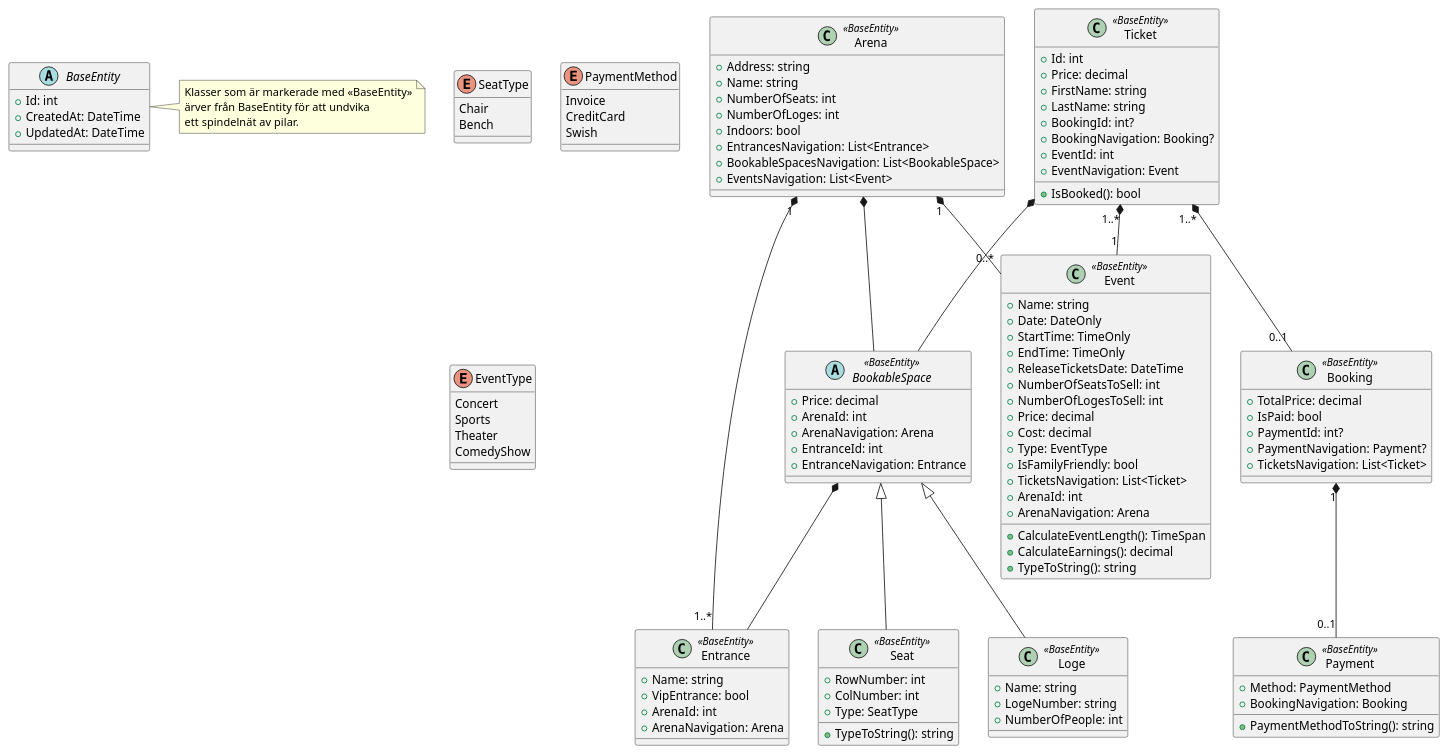
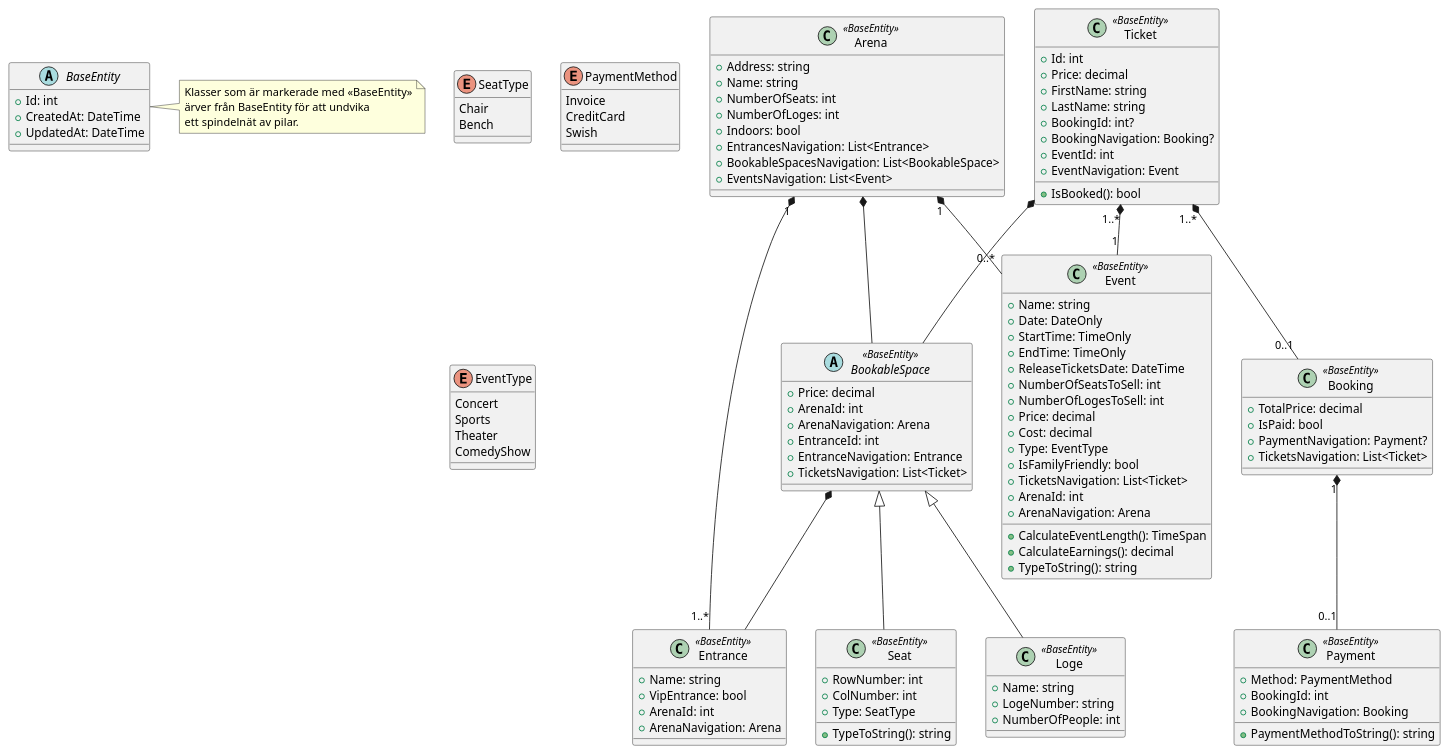
The diagram in uml.puml (Mossberg1/ObjektOrienteradDesignBiljettShoppen), drawn with PlantUML before and after one commit. The commit also changed 17 other files, not shown here.

```diff
--- a/uml.puml
+++ b/uml.puml
@@ -1,130 +1,131 @@
 @startuml
 
 enum SeatType {
     Chair
     Bench
 }
 
 enum PaymentMethod {
     Invoice
     CreditCard
     Swish
 }
 
 enum EventType {
     Concert
     Sports
     Theater
     ComedyShow
 }
 
 abstract class BaseEntity {
     + Id: int
     + CreatedAt: DateTime
     + UpdatedAt: DateTime
 }
 
 note right of BaseEntity
   Klasser som är markerade med <<BaseEntity>>
   ärver från BaseEntity för att undvika
   ett spindelnät av pilar.
 end note
 
 abstract class BookableSpace <<BaseEntity>> {
     + Price: decimal
     + ArenaId: int
     + ArenaNavigation: Arena
     + EntranceId: int
     + EntranceNavigation: Entrance
+    + TicketsNavigation: List<Ticket>
 }
 
 class Arena <<BaseEntity>> {
     + Address: string
     + Name: string
     + NumberOfSeats: int
     + NumberOfLoges: int
     + Indoors: bool
     + EntrancesNavigation: List<Entrance> 
     + BookableSpacesNavigation: List<BookableSpace>
     + EventsNavigation: List<Event>
 }
 
 class Entrance <<BaseEntity>> {
     + Name: string
     + VipEntrance: bool
     + ArenaId: int 
     + ArenaNavigation: Arena 
 }
 
 class Event <<BaseEntity>> {
     + Name: string
     + Date: DateOnly
     + StartTime: TimeOnly
     + EndTime: TimeOnly
     + ReleaseTicketsDate: DateTime
     + NumberOfSeatsToSell: int
     + NumberOfLogesToSell: int
     + Price: decimal
     + Cost: decimal
     + Type: EventType
     + IsFamilyFriendly: bool 
     + TicketsNavigation: List<Ticket> 
     + ArenaId: int 
     + ArenaNavigation: Arena
     + CalculateEventLength(): TimeSpan
     + CalculateEarnings(): decimal
     + TypeToString(): string
 }
 
 class Ticket <<BaseEntity>> {
     + Id: int
     + Price: decimal
     + FirstName: string
     + LastName: string
     + BookingId: int? 
     + BookingNavigation: Booking? 
     + EventId: int 
     + EventNavigation: Event
     + IsBooked(): bool
 }
 
 class Seat <<BaseEntity>>{
     + RowNumber: int
     + ColNumber: int
     + Type: SeatType
     + TypeToString(): string 
 }
 
 class Loge <<BaseEntity>> { 
     + Name: string
     + LogeNumber: string
     + NumberOfPeople: int
 }
 
 class Booking <<BaseEntity>> {
     + TotalPrice: decimal
     + IsPaid: bool
-    + PaymentId: int? 
     + PaymentNavigation: Payment? 
     + TicketsNavigation: List<Ticket>
 }
 
 class Payment <<BaseEntity>> {
     + Method: PaymentMethod
+    + BookingId: int
     + BookingNavigation: Booking 
     + PaymentMethodToString(): string
 }
 
 Arena "1" *-- "0..*" Event
 Arena *-- BookableSpace
 BookableSpace *-- Entrance
 Arena "1" *-- "1..*" Entrance
 Ticket "1..*" *-- "0..1" Booking
 Booking "1" *-- "0..1" Payment
 Ticket "1..*" *-- "1"  Event
 
 BookableSpace <|-- Seat
 BookableSpace <|-- Loge
 Ticket *-- BookableSpace
 
 @enduml
```
